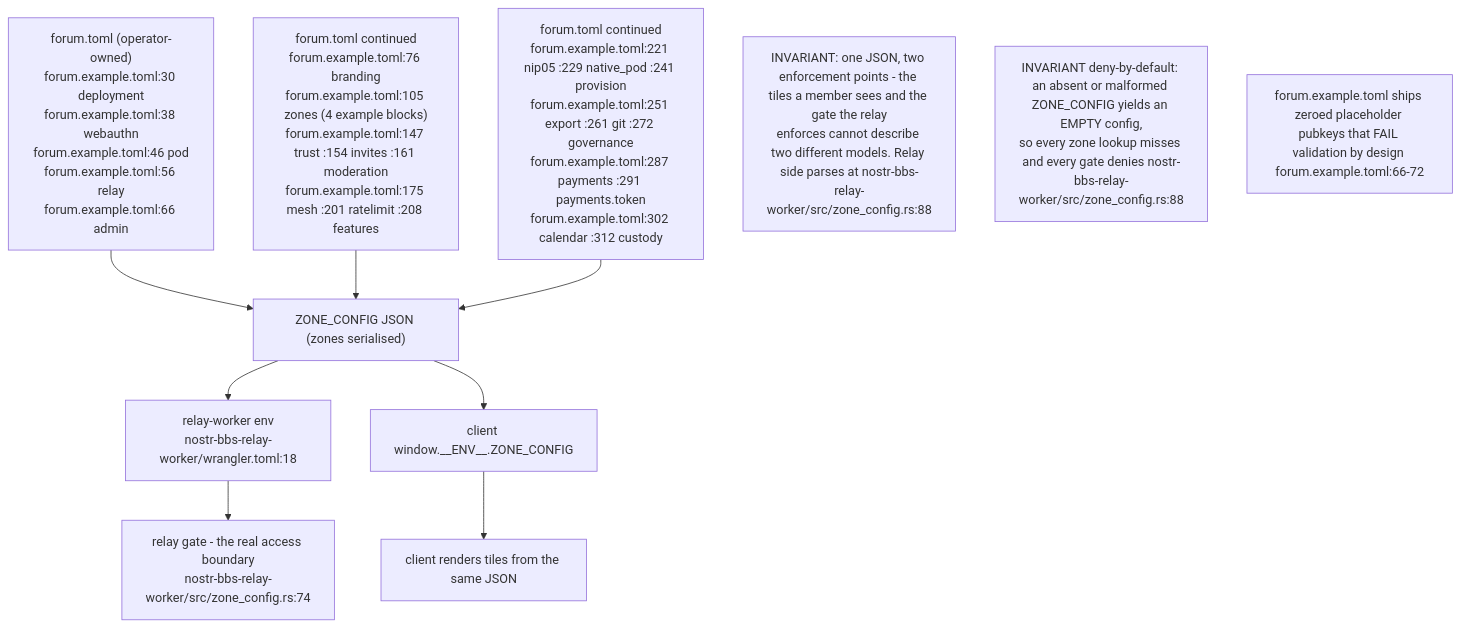
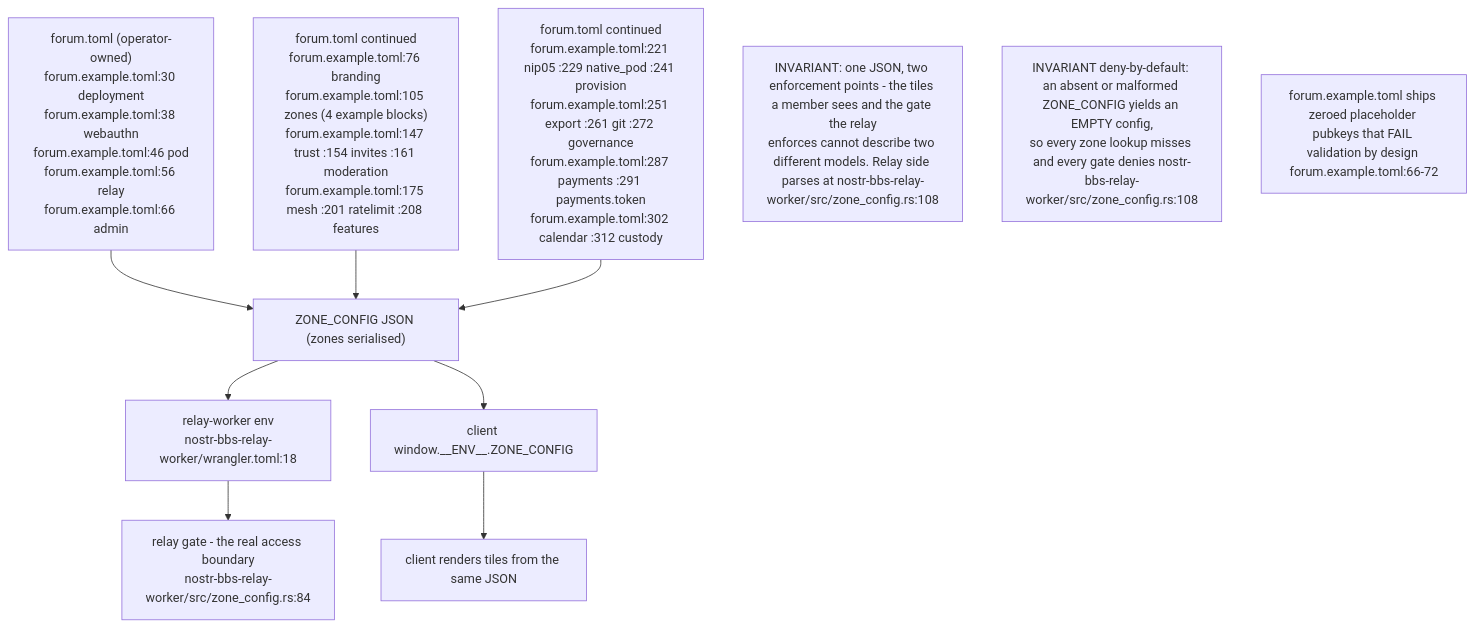
Before and after one commit to DreamLab-AI/VisionFlow: the first of 9 diagrams in docs/diagrams/nostr-rust-forum/08-config-zones-stores-and-admin-authority.md, drawn with Mermaid. The commit also changed other lines of this file and 136 other files, not shown here.

First line of the commit message:
docs(diagrams): refresh the whole corpus to code HEAD and prune low-value diagrams

````diff
--- a/docs/diagrams/nostr-rust-forum/08-config-zones-stores-and-admin-authority.md
+++ b/docs/diagrams/nostr-rust-forum/08-config-zones-stores-and-admin-authority.md
@@ -37,21 +38,21 @@
 ```mermaid
 flowchart TB
     TOML["forum.toml (operator-owned)<br/>forum.example.toml:30 deployment<br/>forum.example.toml:38 webauthn<br/>forum.example.toml:46 pod<br/>forum.example.toml:56 relay<br/>forum.example.toml:66 admin"]
     TOML2["forum.toml continued<br/>forum.example.toml:76 branding<br/>forum.example.toml:105 zones (4 example blocks)<br/>forum.example.toml:147 trust :154 invites :161 moderation<br/>forum.example.toml:175 mesh :201 ratelimit :208 features"]
     TOML3["forum.toml continued<br/>forum.example.toml:221 nip05 :229 native_pod :241 provision<br/>forum.example.toml:251 export :261 git :272 governance<br/>forum.example.toml:287 payments :291 payments.token<br/>forum.example.toml:302 calendar :312 custody"]
     ZC["ZONE_CONFIG JSON (zones serialised)"]
     RELAYENV["relay-worker env<br/>nostr-bbs-relay-worker/wrangler.toml:18"]
     CLIENTENV["client window.__ENV__.ZONE_CONFIG"]
-    GATE["relay gate - the real access boundary<br/>nostr-bbs-relay-worker/src/zone_config.rs:74"]
+    GATE["relay gate - the real access boundary<br/>nostr-bbs-relay-worker/src/zone_config.rs:84"]
     TILES["client renders tiles from the same JSON"]
 
     TOML --> ZC
     TOML2 --> ZC
     TOML3 --> ZC
     ZC --> RELAYENV --> GATE
     ZC --> CLIENTENV --> TILES
 
-    N1["INVARIANT: one JSON, two enforcement points - the tiles a member sees and the gate the relay<br/>enforces cannot describe two different models. Relay side parses at nostr-bbs-relay-worker/src/zone_config.rs:88"]
-    N2["INVARIANT deny-by-default: an absent or malformed ZONE_CONFIG yields an EMPTY config,<br/>so every zone lookup misses and every gate denies nostr-bbs-relay-worker/src/zone_config.rs:88"]
+    N1["INVARIANT: one JSON, two enforcement points - the tiles a member sees and the gate the relay<br/>enforces cannot describe two different models. Relay side parses at nostr-bbs-relay-worker/src/zone_config.rs:108"]
+    N2["INVARIANT deny-by-default: an absent or malformed ZONE_CONFIG yields an EMPTY config,<br/>so every zone lookup misses and every gate denies nostr-bbs-relay-worker/src/zone_config.rs:108"]
     N3["forum.example.toml ships zeroed placeholder pubkeys that FAIL validation by design forum.example.toml:66-72"]
 ```
````
